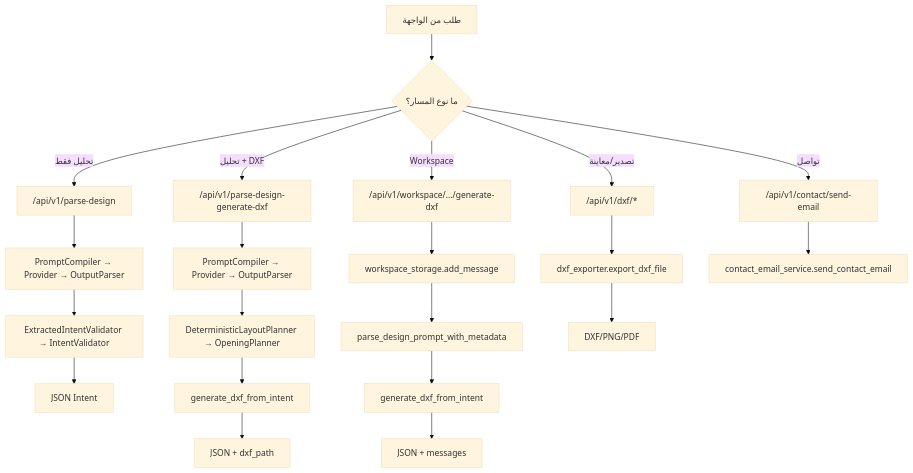
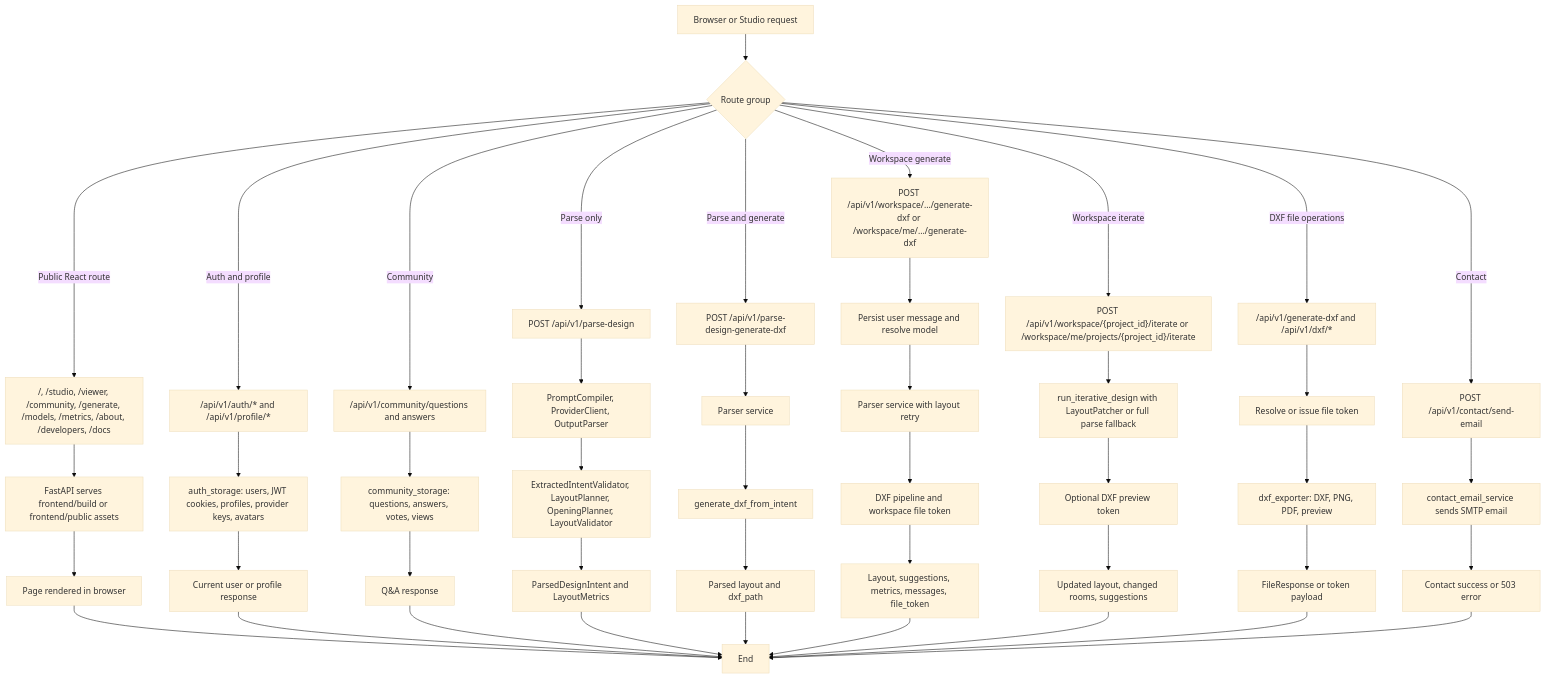
Before and after one commit to Youssefx64/CadArena: the diagram in docs/uml/behaviour/06_interaction_overview_diagram.md, drawn with Mermaid (base theme). The commit also changed other lines of this file and 13 other files, not shown here.

````diff
--- a/docs/uml/behaviour/06_interaction_overview_diagram.md
+++ b/docs/uml/behaviour/06_interaction_overview_diagram.md
@@ -8,29 +8,56 @@
 ```mermaid
 flowchart TD
-    START["طلب من الواجهة"] --> CHOICE{"ما نوع المسار؟"}
+    START["Browser or Studio request"] --> ROUTE_CHOICE{"Route group"}
 
-    CHOICE -->|"تحليل فقط"| PARSE_ONLY["/api/v1/parse-design"]
-    CHOICE -->|"تحليل + DXF"| PARSE_DXF["/api/v1/parse-design-generate-dxf"]
-    CHOICE -->|"Workspace"| WORKSPACE["/api/v1/workspace/.../generate-dxf"]
-    CHOICE -->|"تصدير/معاينة"| EXPORT["/api/v1/dxf/*"]
-    CHOICE -->|"تواصل"| CONTACT["/api/v1/contact/send-email"]
+    ROUTE_CHOICE -->|"Public React route"| REACT_ROUTE["/, /studio, /viewer, /community, /generate, /models, /metrics, /about, /developers, /docs"]
+    REACT_ROUTE --> STATIC_SERVING["FastAPI serves frontend/build or frontend/public assets"]
+    STATIC_SERVING --> REACT_DONE["Page rendered in browser"]
 
-    PARSE_ONLY --> PARSE_CORE["PromptCompiler → Provider → OutputParser"]
-    PARSE_CORE --> PARSE_VALIDATE["ExtractedIntentValidator → IntentValidator"]
-    PARSE_VALIDATE --> PARSE_ONLY_RETURN["JSON Intent"]
+    ROUTE_CHOICE -->|"Auth and profile"| AUTH_FLOW["/api/v1/auth/* and /api/v1/profile/*"]
+    AUTH_FLOW --> AUTH_STORAGE["auth_storage: users, JWT cookies, profiles, provider keys, avatars"]
+    AUTH_STORAGE --> AUTH_DONE["Current user or profile response"]
 
-    PARSE_DXF --> PARSE_CORE_2["PromptCompiler → Provider → OutputParser"]
-    PARSE_CORE_2 --> PLAN_2["DeterministicLayoutPlanner → OpeningPlanner"]
-    PLAN_2 --> DXF_2["generate_dxf_from_intent"]
-    DXF_2 --> PARSE_DXF_RETURN["JSON + dxf_path"]
+    ROUTE_CHOICE -->|"Community"| COMMUNITY_FLOW["/api/v1/community/questions and answers"]
+    COMMUNITY_FLOW --> COMMUNITY_STORAGE["community_storage: questions, answers, votes, views"]
+    COMMUNITY_STORAGE --> COMMUNITY_DONE["Q&A response"]
 
-    WORKSPACE --> PERSIST["workspace_storage.add_message"]
-    PERSIST --> PLAN_3["parse_design_prompt_with_metadata"]
-    PLAN_3 --> DXF_3["generate_dxf_from_intent"]
-    DXF_3 --> WORKSPACE_RETURN["JSON + messages"]
+    ROUTE_CHOICE -->|"Parse only"| PARSE_ONLY["POST /api/v1/parse-design"]
+    PARSE_ONLY --> PARSE_CORE["PromptCompiler, ProviderClient, OutputParser"]
+    PARSE_CORE --> PARSE_PLAN["ExtractedIntentValidator, LayoutPlanner, OpeningPlanner, LayoutValidator"]
+    PARSE_PLAN --> PARSE_DONE["ParsedDesignIntent and LayoutMetrics"]
 
-    EXPORT --> EXPORTER["dxf_exporter.export_dxf_file"]
-    EXPORTER --> FILE_RESPONSE["DXF/PNG/PDF"]
+    ROUTE_CHOICE -->|"Parse and generate"| PARSE_DXF["POST /api/v1/parse-design-generate-dxf"]
+    PARSE_DXF --> PARSE_CORE_2["Parser service"]
+    PARSE_CORE_2 --> DXF_CORE_2["generate_dxf_from_intent"]
+    DXF_CORE_2 --> PARSE_DXF_DONE["Parsed layout and dxf_path"]
 
-    CONTACT --> SMTP["contact_email_service.send_contact_email"]
+    ROUTE_CHOICE -->|"Workspace generate"| WORKSPACE_GENERATE["POST /api/v1/workspace/.../generate-dxf or /workspace/me/.../generate-dxf"]
+    WORKSPACE_GENERATE --> WORKSPACE_PERSIST["Persist user message and resolve model"]
+    WORKSPACE_PERSIST --> WORKSPACE_PARSE["Parser service with layout retry"]
+    WORKSPACE_PARSE --> WORKSPACE_DXF["DXF pipeline and workspace file token"]
+    WORKSPACE_DXF --> WORKSPACE_DONE["Layout, suggestions, metrics, messages, file_token"]
+
+    ROUTE_CHOICE -->|"Workspace iterate"| WORKSPACE_ITERATE["POST /api/v1/workspace/{project_id}/iterate or /workspace/me/projects/{project_id}/iterate"]
+    WORKSPACE_ITERATE --> ITERATIVE_CORE["run_iterative_design with LayoutPatcher or full parse fallback"]
+    ITERATIVE_CORE --> ITERATIVE_DXF["Optional DXF preview token"]
+    ITERATIVE_DXF --> ITERATIVE_DONE["Updated layout, changed rooms, suggestions"]
+
+    ROUTE_CHOICE -->|"DXF file operations"| DXF_ROUTES["/api/v1/generate-dxf and /api/v1/dxf/*"]
+    DXF_ROUTES --> TOKEN_CHECK["Resolve or issue file token"]
+    TOKEN_CHECK --> EXPORTER["dxf_exporter: DXF, PNG, PDF, preview"]
+    EXPORTER --> DXF_DONE["FileResponse or token payload"]
+
+    ROUTE_CHOICE -->|"Contact"| CONTACT_FLOW["POST /api/v1/contact/send-email"]
+    CONTACT_FLOW --> SMTP_FLOW["contact_email_service sends SMTP email"]
+    SMTP_FLOW --> CONTACT_DONE["Contact success or 503 error"]
+
+    REACT_DONE --> END["End"]
+    AUTH_DONE --> END
+    COMMUNITY_DONE --> END
+    PARSE_DONE --> END
+    PARSE_DXF_DONE --> END
+    WORKSPACE_DONE --> END
+    ITERATIVE_DONE --> END
+    DXF_DONE --> END
+    CONTACT_DONE --> END
 ```
````
